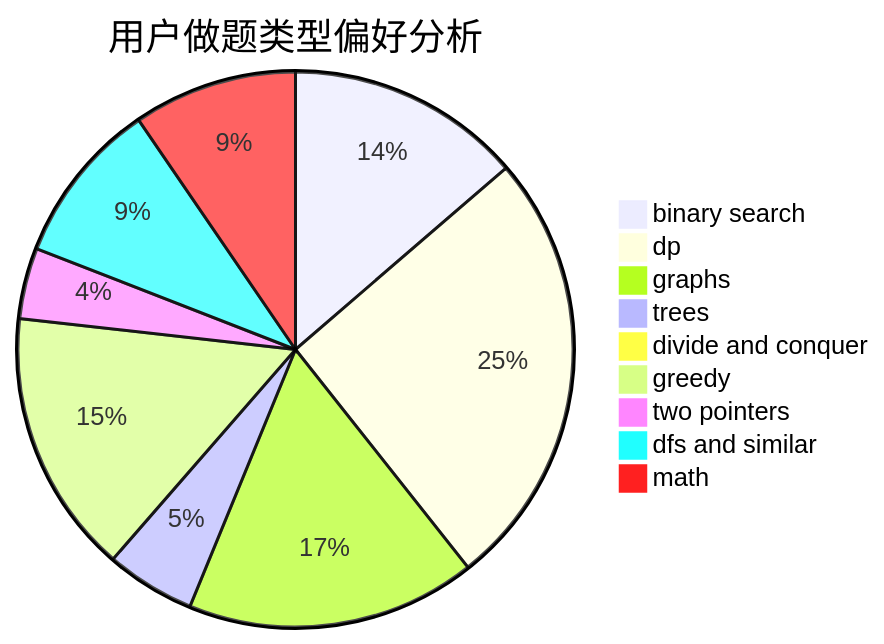
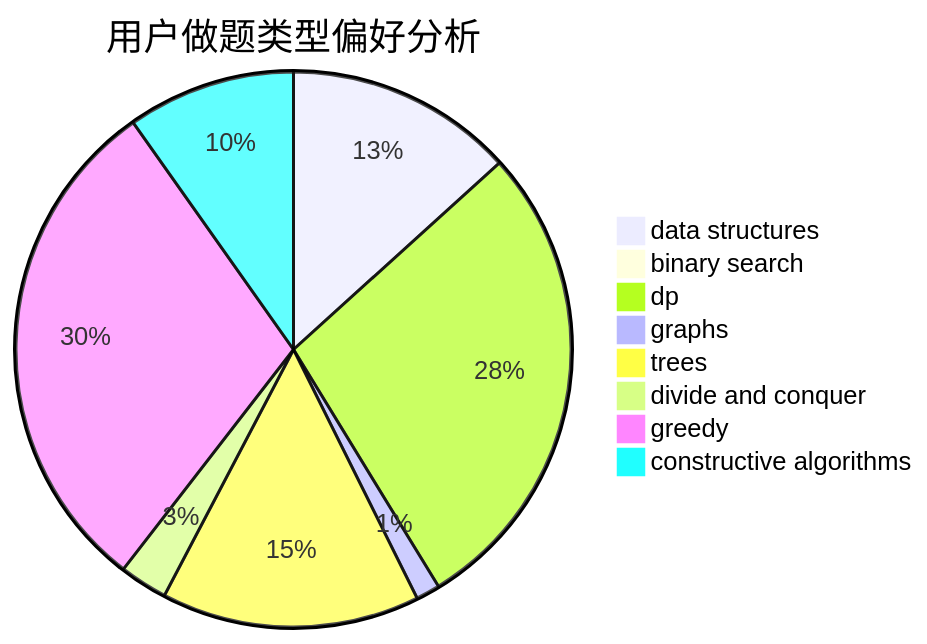
Before and after one commit to sherpahu/cfrs.github.io: the second of 3 diagrams in docs/user/u1032.md, drawn with Mermaid. The commit also changed other lines of this file and 2775 other files, not shown here.

````diff
--- a/docs/user/u1032.md
+++ b/docs/user/u1032.md
@@ -23,12 +23,11 @@
 ```mermaid
 pie title 用户做题类型偏好分析
-    "binary search" :  129
-    "dp" :  242
-    "graphs" :  159
-    "trees" :  49
+    "data structures" :  38
+    "binary search" :  0
+    "dp" :  80
+    "graphs" :  4
+    "trees" :  43
     "divide and conquer" :  8
-    "greedy" :  145
-    "two pointers" :  39
-    "dfs and similar" :  90
-    "math" :  90
+    "greedy" :  85
+    "constructive algorithms" :  28
 ```
````
